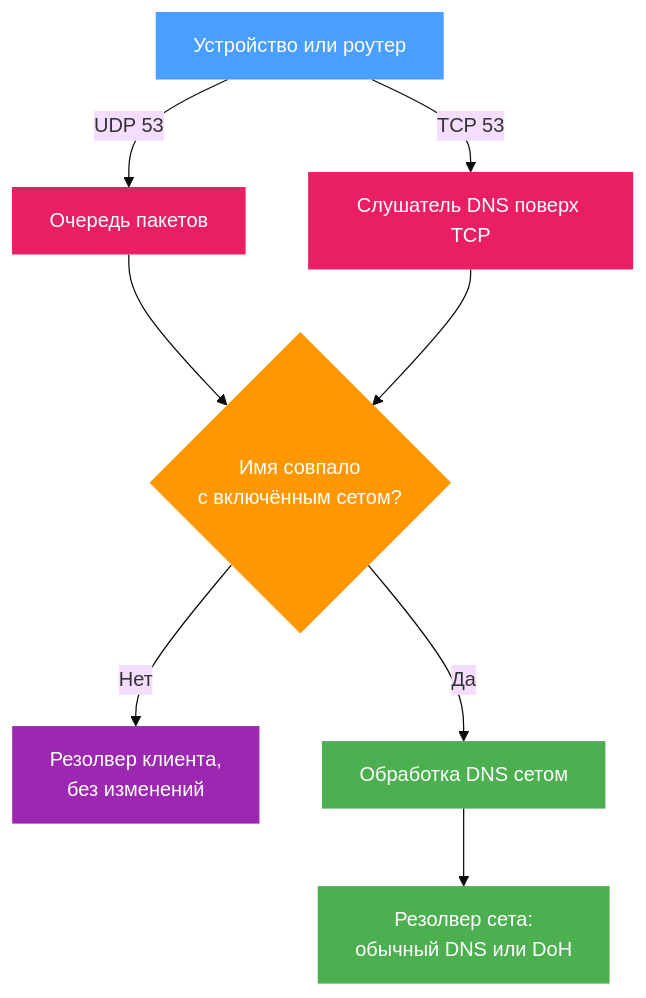
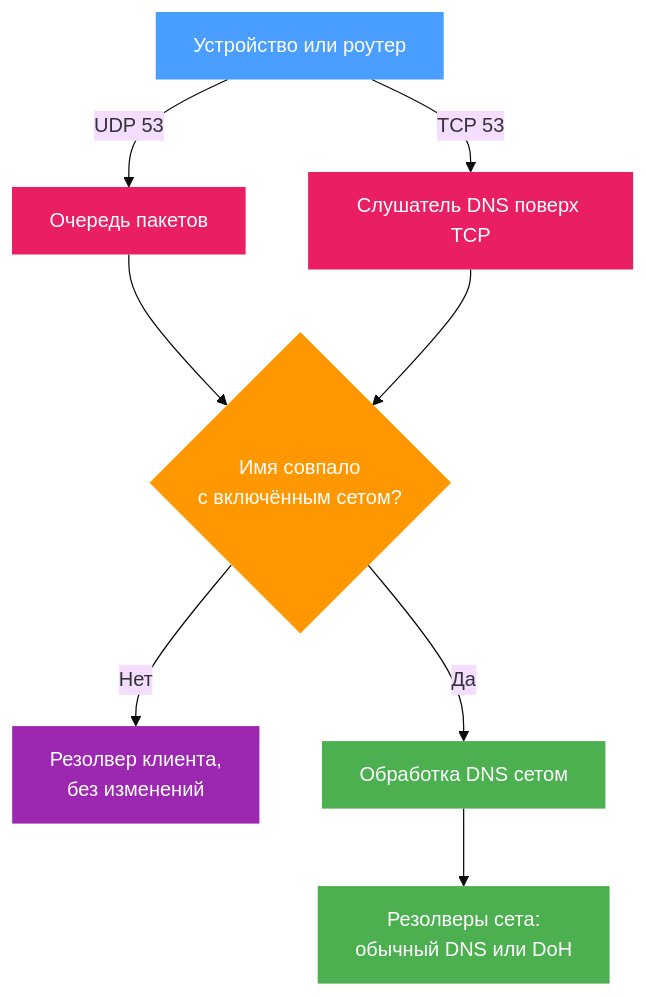
One commit to DanielLavrushin/b4 changed the diagram in docs/i18n/ru/docusaurus-plugin-content-docs/current/internals/dns.md. Above: the diagram before and after it, drawn with Mermaid (base theme). The commit also changed other lines of this file and 21 other files, not shown here.

````diff
--- a/docs/i18n/ru/docusaurus-plugin-content-docs/current/internals/dns.md
+++ b/docs/i18n/ru/docusaurus-plugin-content-docs/current/internals/dns.md
@@ -22,18 +22,18 @@
 ```mermaid
 flowchart TB
     C["Устройство или роутер"] -->|"UDP 53"| Q["Очередь пакетов"]
     C -->|"TCP 53"| R["Слушатель DNS поверх TCP"]
     Q --> M{"Имя совпало<br/>с включённым сетом?"}
     R --> M
     M -->|"Нет"| U["Резолвер клиента,<br/>без изменений"]
     M -->|"Да"| S["Обработка DNS сетом"]
-    S --> P["Резолвер сета:<br/>обычный DNS или DoH"]
+    S --> P["Резолверы сета:<br/>обычный DNS или DoH"]
 
     style C fill:#4a9eff,color:#fff,stroke:none
     style Q fill:#e91e63,color:#fff,stroke:none
     style R fill:#e91e63,color:#fff,stroke:none
     style M fill:#ff9800,color:#fff,stroke:none
     style U fill:#9c27b0,color:#fff,stroke:none
     style S fill:#4caf50,color:#fff,stroke:none
     style P fill:#4caf50,color:#fff,stroke:none
 ```
````
